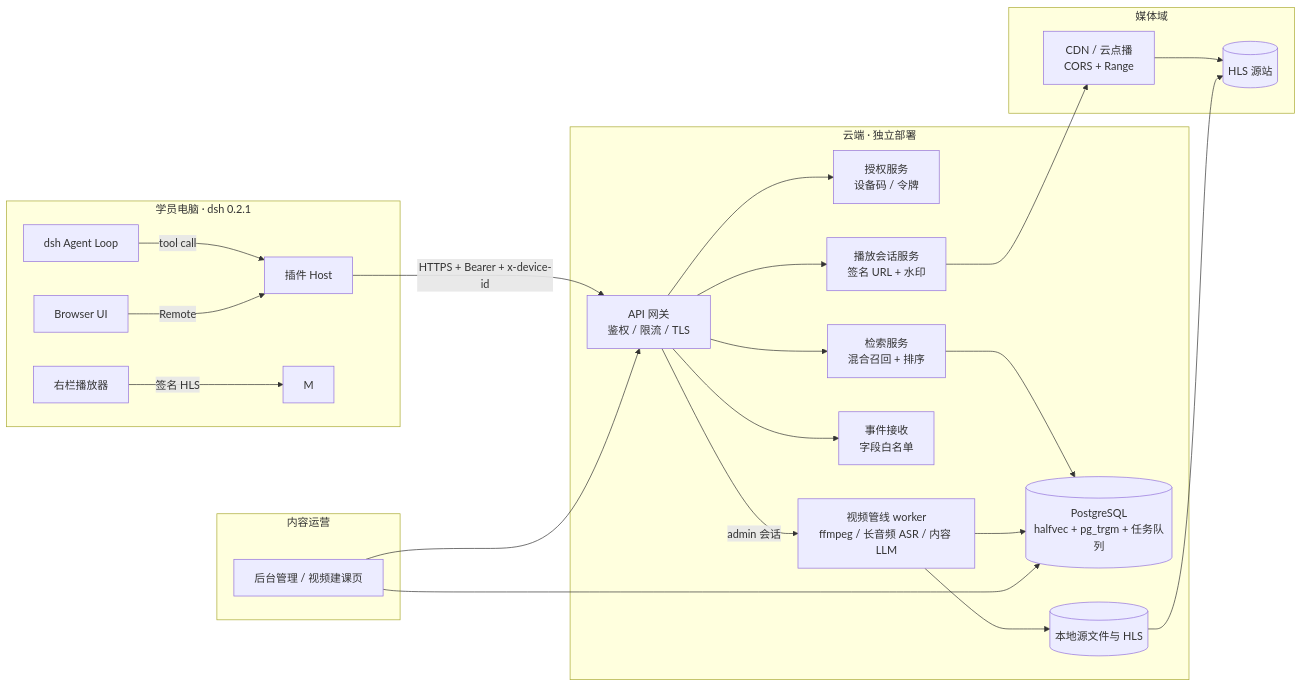
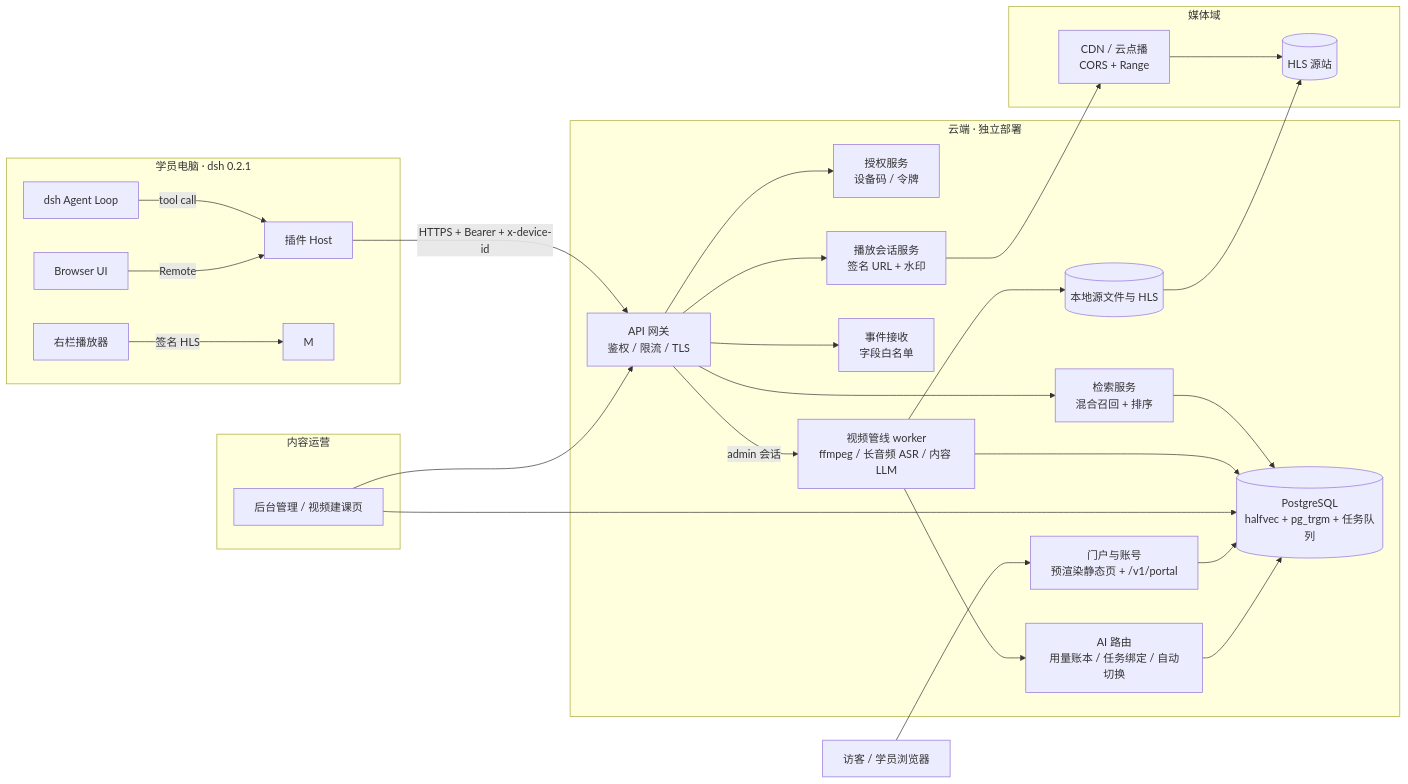
One commit to domonic18/trend-coach-cloud changed the first of 4 diagrams in docs/architecture/architecture-design.md. Above: the diagram before and after it, drawn with Mermaid. The commit also changed other lines of this file and 9 other files, not shown here.

````diff
--- a/docs/architecture/architecture-design.md
+++ b/docs/architecture/architecture-design.md
@@ -37,43 +39,49 @@
 ```mermaid
 flowchart LR
   subgraph Local["学员电脑 · dsh 0.2.1"]
     A[dsh Agent Loop] -->|tool call| H[插件 Host]
     U[Browser UI] -->|Remote| H
     P[右栏播放器] -->|签名 HLS| M
   end
 
   subgraph Cloud["云端 · 独立部署"]
     API[API 网关<br/>鉴权 / 限流 / TLS]
     AUTH[授权服务<br/>设备码 / 令牌]
     KB[检索服务<br/>混合召回 + 排序]
     PB[播放会话服务<br/>签名 URL + 水印]
     DB[(PostgreSQL<br/>halfvec + pg_trgm + 任务队列)]
     EV[事件接收<br/>字段白名单]
     PIPE[视频管线 worker<br/>ffmpeg / 长音频 ASR / 内容 LLM]
     STORE[(本地源文件与 HLS)]
+    PORTAL[门户与账号<br/>预渲染静态页 + /v1/portal]
+    AIOPS[AI 路由<br/>用量账本 / 任务绑定 / 自动切换]
   end
 
   subgraph Media["媒体域"]
     CDN[CDN / 云点播<br/>CORS + Range]
     OBJ[(HLS 源站)]
   end
 
   subgraph Ops["内容运营"]
     ADM[后台管理 / 视频建课页]
   end
 
   H -->|HTTPS + Bearer + x-device-id| API
   API --> AUTH
   API --> KB
   API --> PB
   API --> EV
   API -->|admin 会话| PIPE
   KB --> DB
   PB --> CDN
   CDN --> OBJ
   PIPE --> DB
   PIPE --> STORE
   STORE --> OBJ
   ADM --> API
   ADM --> DB
+  VIS[访客 / 学员浏览器] --> PORTAL
+  PORTAL --> DB
+  PIPE --> AIOPS
+  AIOPS --> DB
 ```
````
